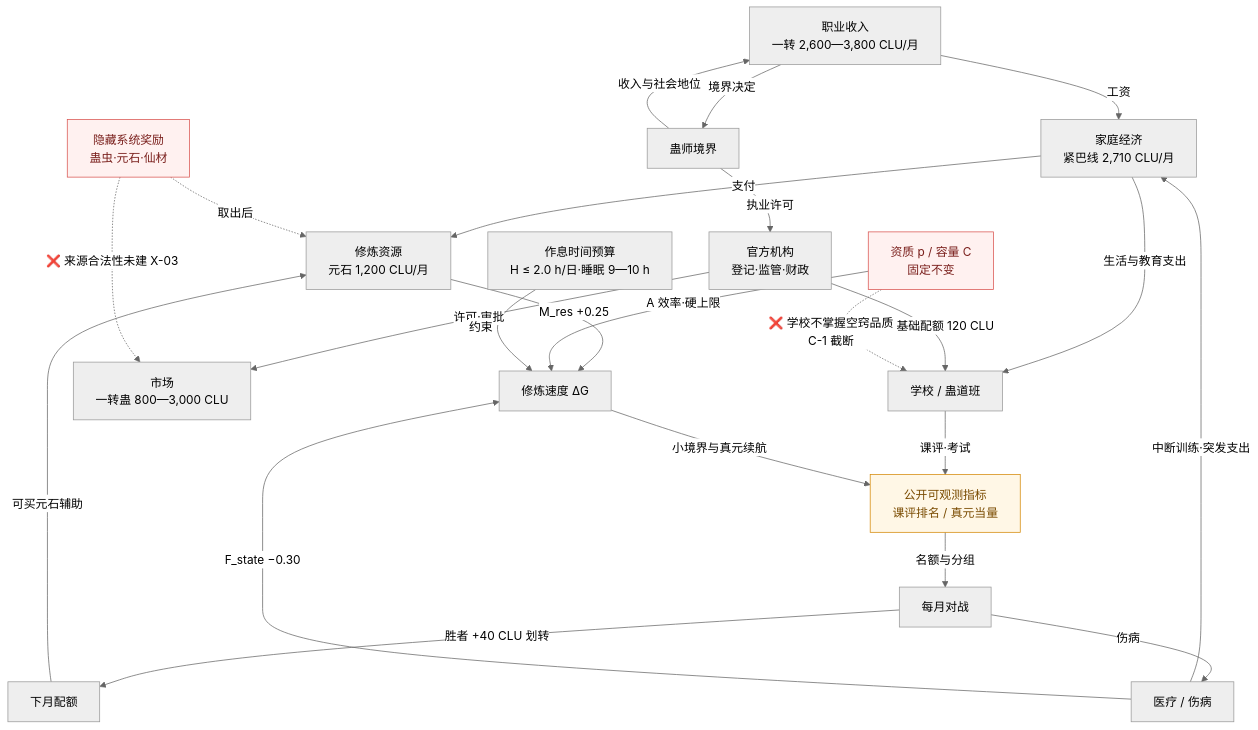
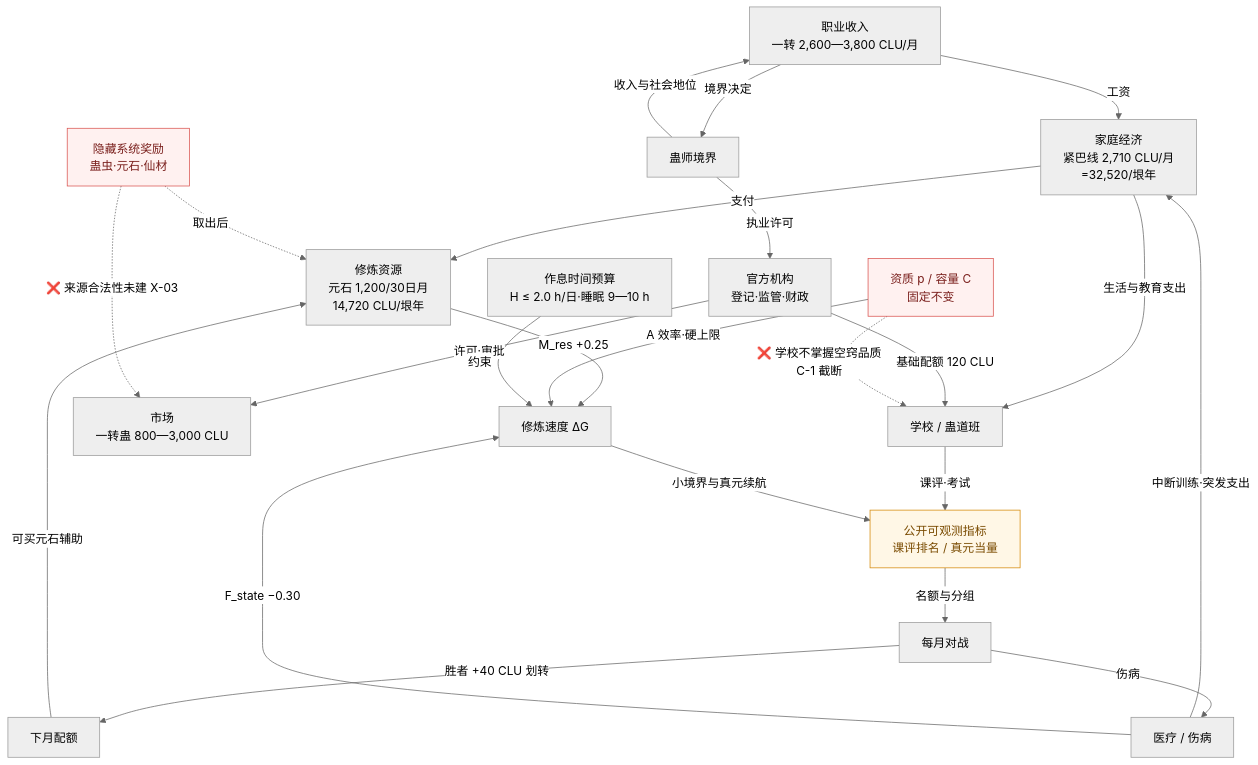
One commit to koishi520786/hengyin-world changed the diagram in 最终版/世界运行机制调研/99_综合研究与待决策方案/衡垠世界运行关系图.md. Above: the diagram before and after it, drawn with Mermaid (neutral theme). The commit also changed other lines of this file and 13 other files, not shown here.

````diff
--- a/最终版/世界运行机制调研/99_综合研究与待决策方案/衡垠世界运行关系图.md
+++ b/最终版/世界运行机制调研/99_综合研究与待决策方案/衡垠世界运行关系图.md
@@ -11,30 +12,30 @@
 ```mermaid
 graph TD
-  FAM["家庭经济<br/>紧巴线 2,710 CLU/月"] -->|支付| RES["修炼资源<br/>元石 1,200 CLU/月"]
+  FAM["家庭经济<br/>紧巴线 2,710 CLU/月<br/>=32,520/垠年"] -->|支付| RES["修炼资源<br/>元石 1,200/30日月<br/>14,720 CLU/垠年"]
   JOB["职业收入<br/>一转 2,600—3,800 CLU/月"] -->|工资| FAM
   FAM -->|生活与教育支出| SCH["学校 / 蛊道班"]
   GOV["官方机构<br/>登记·监管·财政"] -->|基础配额 120 CLU| SCH
   GOV -->|许可·审批| MKT["市场<br/>一转蛊 800—3,000 CLU"]
   SCH -->|课评·考试| RANK["公开可观测指标<br/>课评排名 / 真元当量"]
   RANK -->|名额与分组| MATCH["每月对战"]
   MATCH -->|胜者 +40 CLU 划转| QUOTA["下月配额"]
   QUOTA -->|可买元石辅助| RES
   RES -->|M_res +0.25| SPEED["修炼速度 ΔG"]
   QUAL["资质 p / 容量 C<br/>固定不变"] -->|A 效率·硬上限| SPEED
   QUAL -.->|"❌ 学校不掌握空窍品质<br/>C-1 截断"| SCH
   SPEED -->|小境界与真元续航| RANK
   TIME["作息时间预算<br/>H ≤ 2.0 h/日·睡眠 9—10 h"] -->|约束| SPEED
   MED["医疗 / 伤病"] -->|中断训练·突发支出| FAM
   MATCH -->|伤病| MED
   MED -->|F_state −0.30| SPEED
   SYS["隐藏系统奖励<br/>蛊虫·元石·仙材"] -.->|"❌ 来源合法性未建 X-03"| MKT
   SYS -.->|取出后| RES
   JOB -->|境界决定| LEVEL["蛊师境界"]
   LEVEL -->|收入与社会地位| JOB
   LEVEL -->|执业许可| GOV
 
   classDef pending fill:#fff1f0,stroke:#d9534f,color:#7a1f1c;
   classDef boundary fill:#fff7e6,stroke:#d48806,color:#7a4b00;
   class QUAL,SYS pending;
   class RANK boundary;
 ```
````
